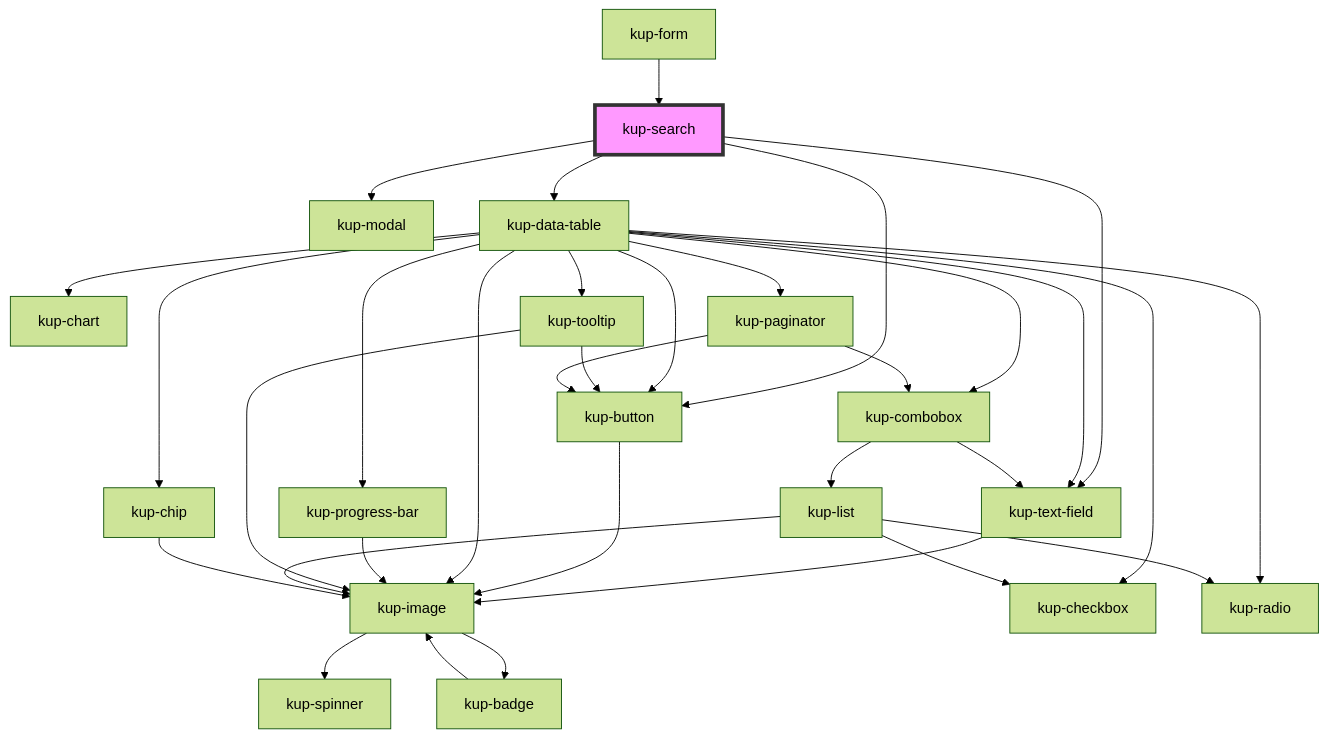
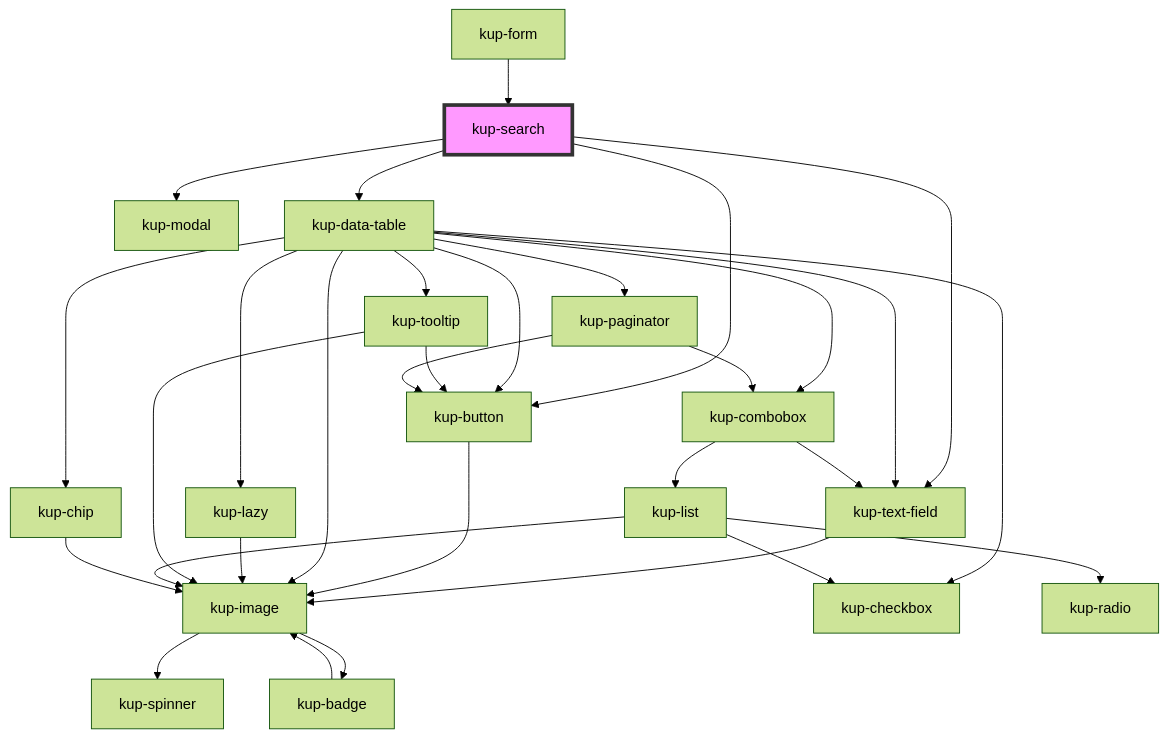
One commit to smeup/ketchup changed the diagram in packages/ketchup/src/components/kup-search/readme.md. Above: the diagram before and after it, drawn with Mermaid (forest theme). The commit also changed 9 other files, not shown here.

````diff
--- a/packages/ketchup/src/components/kup-search/readme.md
+++ b/packages/ketchup/src/components/kup-search/readme.md
@@ -43,36 +43,34 @@
 ```mermaid
 graph TD;
   kup-search --> kup-text-field
   kup-search --> kup-button
   kup-search --> kup-modal
   kup-search --> kup-data-table
   kup-text-field --> kup-image
   kup-image --> kup-spinner
   kup-image --> kup-badge
   kup-badge --> kup-image
   kup-button --> kup-image
   kup-data-table --> kup-checkbox
   kup-data-table --> kup-button
   kup-data-table --> kup-image
   kup-data-table --> kup-text-field
-  kup-data-table --> kup-chart
-  kup-data-table --> kup-progress-bar
-  kup-data-table --> kup-radio
+  kup-data-table --> kup-lazy
   kup-data-table --> kup-tooltip
   kup-data-table --> kup-paginator
   kup-data-table --> kup-combobox
   kup-data-table --> kup-chip
-  kup-progress-bar --> kup-image
+  kup-lazy --> kup-image
   kup-tooltip --> kup-button
   kup-tooltip --> kup-image
   kup-paginator --> kup-button
   kup-paginator --> kup-combobox
   kup-combobox --> kup-text-field
   kup-combobox --> kup-list
   kup-list --> kup-image
   kup-list --> kup-radio
   kup-list --> kup-checkbox
   kup-chip --> kup-image
   kup-form --> kup-search
   style kup-search fill:#f9f,stroke:#333,stroke-width:4px
 ```
````
